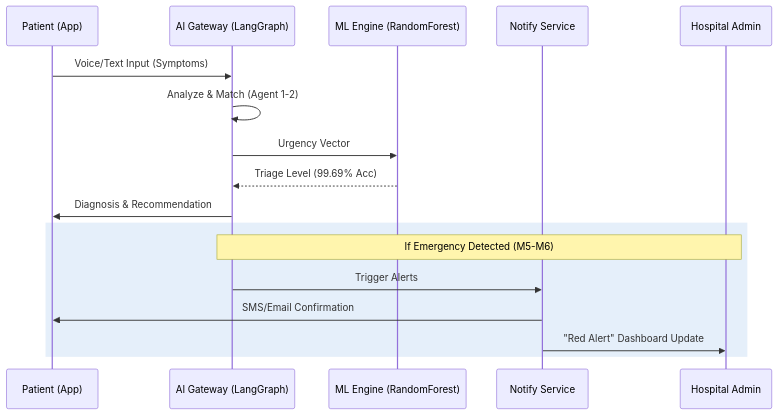
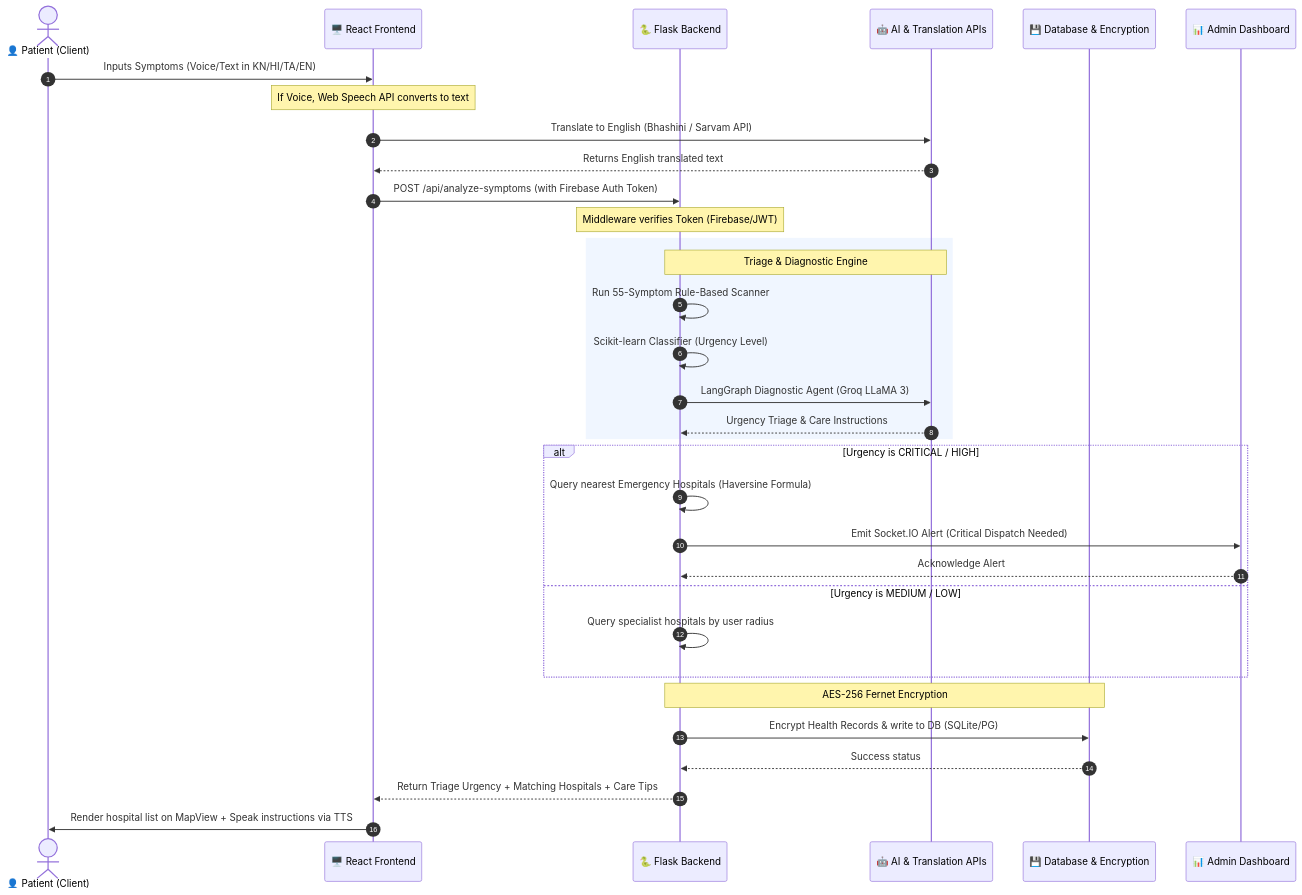
The second of 2 diagrams in README.md (Yashaswini-V21/MediConnect-AI), drawn with Mermaid before and after one commit. The commit also changed other lines of this file and 61 other files, not shown here.

````diff
--- a/README.md
+++ b/README.md
@@ -91,21 +189,47 @@
 ```mermaid
 sequenceDiagram
-    participant P as Patient (App)
-    participant A as AI Gateway (LangGraph)
-    participant M as ML Engine (RandomForest)
-    participant N as Notify Service
-    participant H as Hospital Admin
+    autonumber
+    actor Patient as 👤 Patient (Client)
+    participant FE as 🖥️ React Frontend
+    participant BE as 🐍 Flask Backend
+    participant AI as 🤖 AI & Translation APIs
+    participant DB as 💾 Database & Encryption
+    participant Admin as 📊 Admin Dashboard
 
-    P->>A: Voice/Text Input (Symptoms)
-    A->>A: Analyze & Match (Agent 1-2)
-    A->>M: Urgency Vector
-    M-->>A: Triage Level (99.69% Acc)
-    A->>P: Diagnosis & Recommendation
-    
-    rect rgb(0, 100, 200, 0.1)
-    Note over A,H: If Emergency Detected (M5-M6)
-    A->>N: Trigger Alerts
-    N->>P: SMS/Email Confirmation
-    N->>H: "Red Alert" Dashboard Update
+    %% Phase 1: Input & Pre-processing
+    Patient->>FE: Inputs Symptoms (Voice/Text in KN/HI/TA/EN)
+    Note over FE: If Voice, Web Speech API converts to text
+    FE->>AI: Translate to English (Bhashini / Sarvam API)
+    AI-->>FE: Returns English translated text
+
+    %% Phase 2: Security & Routing
+    FE->>BE: POST /api/analyze-symptoms (with Firebase Auth Token)
+    Note over BE: Middleware verifies Token (Firebase/JWT)
+
+    %% Phase 3: Core AI Analysis
+    rect rgb(240, 246, 255)
+        Note over BE, AI: Triage & Diagnostic Engine
+        BE->>BE: Run 55-Symptom Rule-Based Scanner
+        BE->>BE: Scikit-learn Classifier (Urgency Level)
+        BE->>AI: LangGraph Diagnostic Agent (Groq LLaMA 3)
+        AI-->>BE: Urgency Triage & Care Instructions
     end
+
+    %% Phase 4: Hospital & Emergency Dispatch
+    alt Urgency is CRITICAL / HIGH
+        BE->>BE: Query nearest Emergency Hospitals (Haversine Formula)
+        BE->>Admin: Emit Socket.IO Alert (Critical Dispatch Needed)
+        Admin-->>BE: Acknowledge Alert
+    else Urgency is MEDIUM / LOW
+        BE->>BE: Query specialist hospitals by user radius
+    end
+
+    %% Phase 5: Storage & Encryption
+    Note over BE, DB: AES-256 Fernet Encryption
+    BE->>DB: Encrypt Health Records & write to DB (SQLite/PG)
+    DB-->>BE: Success status
+
+    %% Phase 6: Response
+    BE-->>FE: Return Triage Urgency + Matching Hospitals + Care Tips
+    FE->>Patient: Render hospital list on MapView + Speak instructions via TTS
 ```
````
